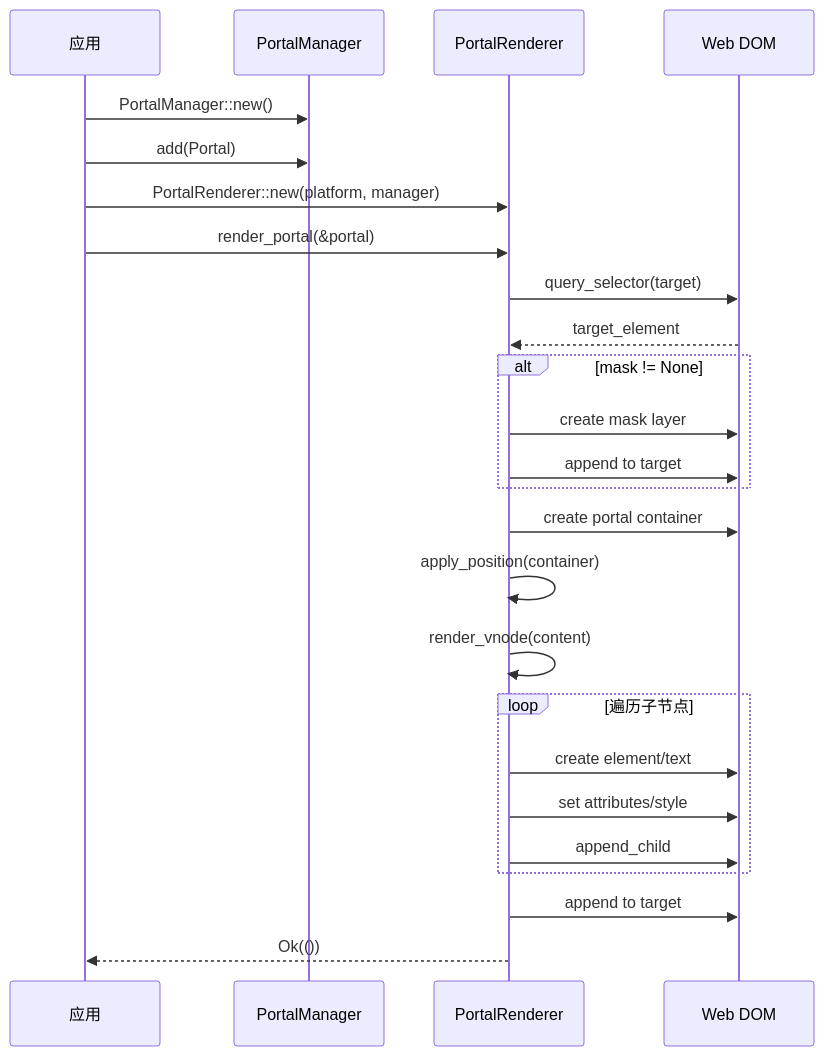
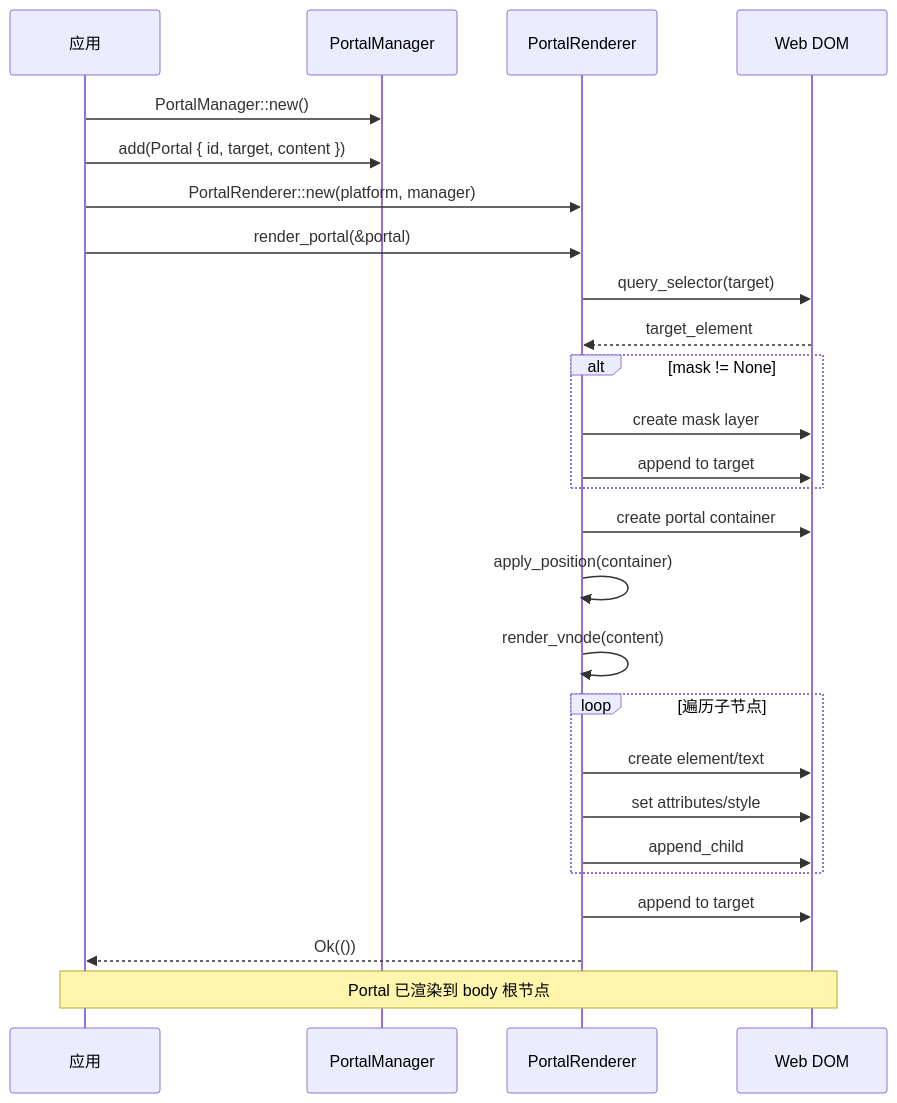
The first of 3 diagrams in PLAN.md (celestia-island/tairitsu), drawn with Mermaid before and after one commit. The commit also changed other lines of this file, not shown here.

````diff
--- a/PLAN.md
+++ b/PLAN.md
@@ -246,34 +167,36 @@
 ```mermaid
 sequenceDiagram
     participant App as 应用
     participant PM as PortalManager
     participant PR as PortalRenderer
     participant DOM as Web DOM
 
     App->>PM: PortalManager::new()
-    App->>PM: add(Portal)
+    App->>PM: add(Portal { id, target, content })
     
     App->>PR: PortalRenderer::new(platform, manager)
     App->>PR: render_portal(&portal)
     
     PR->>DOM: query_selector(target)
     DOM-->>PR: target_element
     
     alt mask != None
         PR->>DOM: create mask layer
         PR->>DOM: append to target
     end
     
     PR->>DOM: create portal container
     PR->>PR: apply_position(container)
     PR->>PR: render_vnode(content)
     
     loop 遍历子节点
         PR->>DOM: create element/text
         PR->>DOM: set attributes/style
         PR->>DOM: append_child
     end
     
     PR->>DOM: append to target
     PR-->>App: Ok(())
+    
+    Note over App,DOM: Portal 已渲染到 body 根节点
 ```
````
